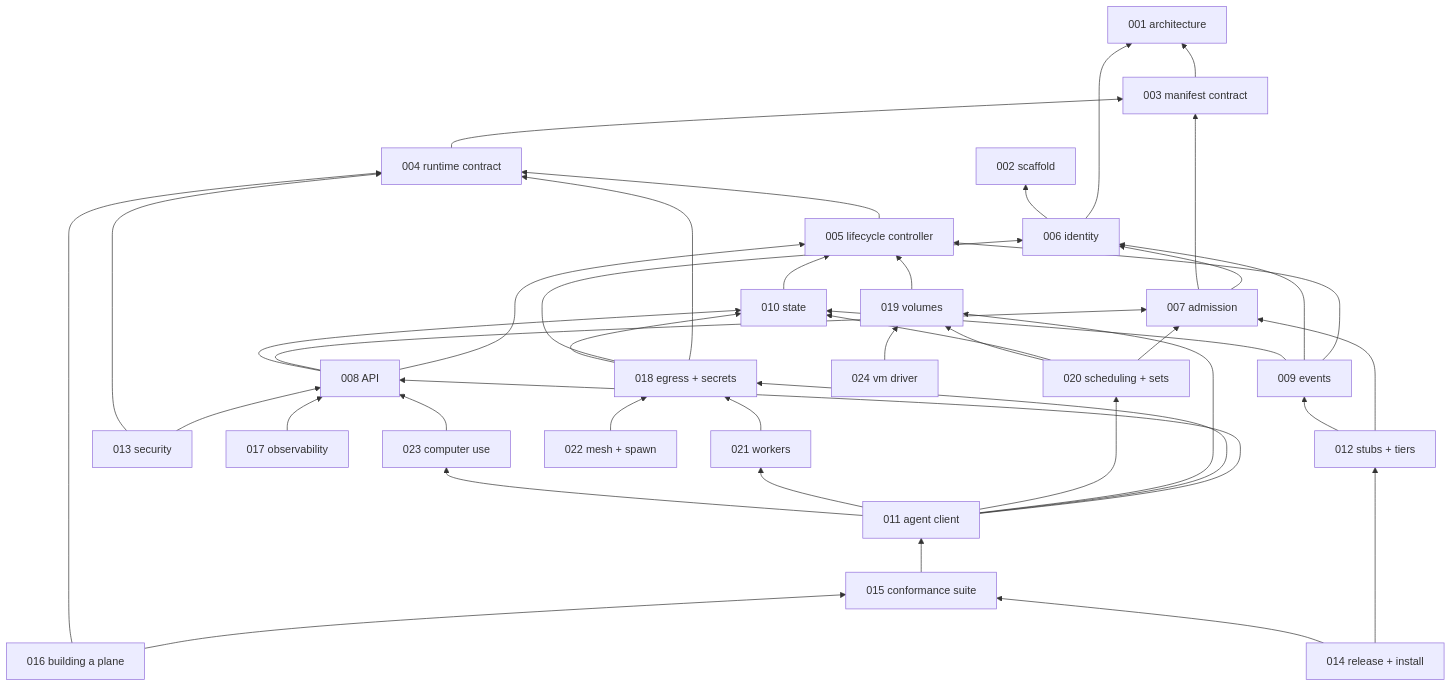
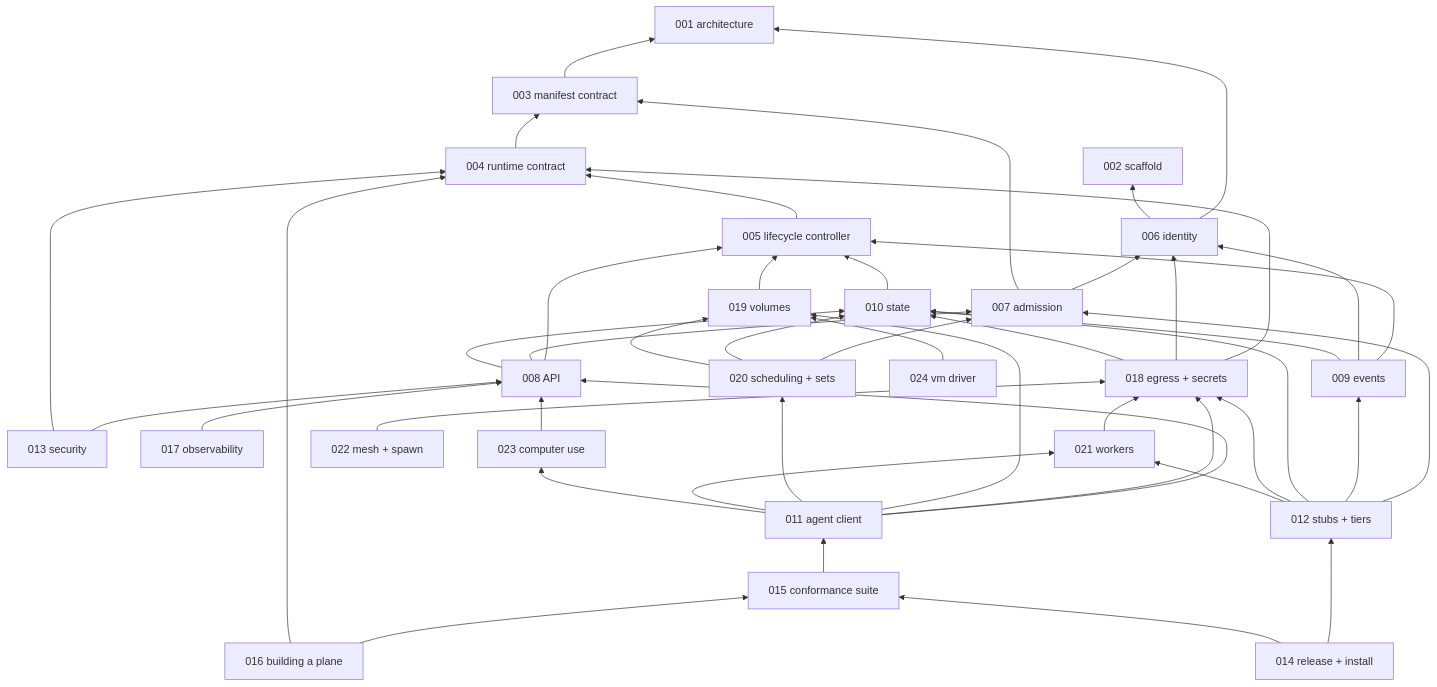
The second of 2 diagrams in specs/README.md (latere-ai/cella), drawn with Mermaid before and after one commit. The commit also changed other lines of this file and 3 other files, not shown here.

````diff
--- a/specs/README.md
+++ b/specs/README.md
@@ -82,68 +82,71 @@
 ```mermaid
 flowchart BT
   S001[001 architecture]
   S002[002 scaffold]
   S003[003 manifest contract]
   S004[004 runtime contract]
   S005[005 lifecycle controller]
   S006[006 identity]
   S007[007 admission]
   S008[008 API]
   S009[009 events]
   S010[010 state]
   S011[011 agent client]
   S012[012 stubs + tiers]
   S013[013 security]
   S014[014 release + install]
   S015[015 conformance suite]
   S016[016 building a plane]
   S017[017 observability]
   S018[018 egress + secrets]
   S019[019 volumes]
   S020[020 scheduling + sets]
   S021[021 workers]
   S022[022 mesh + spawn]
   S023[023 computer use]
   S024[024 vm driver]
   S003 --> S001
   S004 --> S003
   S005 --> S004
   S006 --> S001
   S006 --> S002
   S007 --> S006
   S007 --> S003
   S008 --> S005
   S008 --> S007
   S008 --> S010
   S009 --> S005
   S009 --> S006
   S009 --> S010
   S010 --> S005
   S011 --> S008
   S011 --> S018
   S011 --> S019
   S011 --> S020
   S011 --> S021
   S011 --> S023
   S012 --> S007
   S012 --> S009
+  S012 --> S010
+  S012 --> S018
+  S012 --> S021
   S013 --> S008
   S013 --> S004
   S014 --> S012
   S014 --> S015
   S015 --> S011
   S016 --> S015
   S016 --> S004
   S017 --> S008
   S018 --> S004
   S018 --> S006
   S018 --> S010
   S019 --> S005
   S020 --> S007
   S020 --> S010
   S020 --> S019
   S021 --> S018
   S022 --> S018
   S023 --> S008
   S024 --> S019
 ```
````
